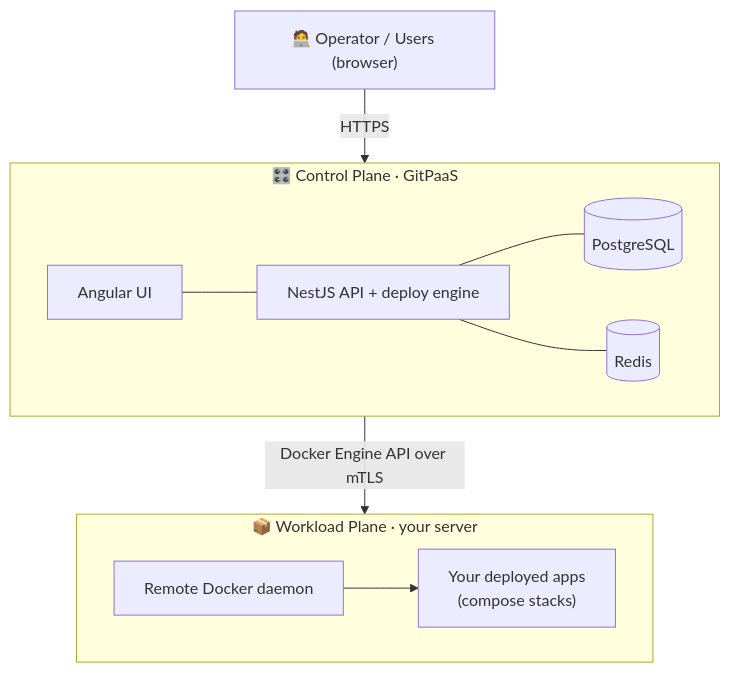
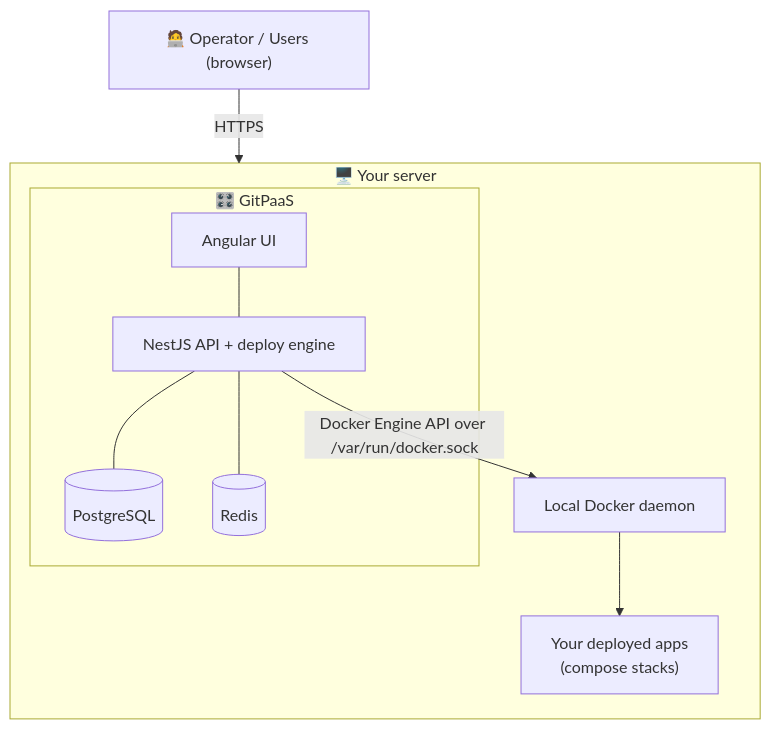
Before and after one commit to GitOpsLovers/gitpaas: the diagram in README.md, drawn with Mermaid. The commit also changed other lines of this file and 16 other files, not shown here.

Commit message:
feat(docker): run on the local Docker socket, drop remote daemon (#33)

````diff
--- a/README.md
+++ b/README.md
@@ -59,16 +59,15 @@
 ```mermaid
 flowchart TD
     U["🧑‍💻 Operator / Users (browser)"] -->|HTTPS| CP
 
-    subgraph CP["🎛️ Control Plane · GitPaaS"]
-        FE["Angular UI"] --- BE["NestJS API + deploy engine"]
-        BE --- PG[("PostgreSQL")]
-        BE --- RD[("Redis")]
-    end
+    subgraph SRV["🖥️ Your server"]
+        subgraph CP["🎛️ GitPaaS"]
+            FE["Angular UI"] --- BE["NestJS API + deploy engine"]
+            BE --- PG[("PostgreSQL")]
+            BE --- RD[("Redis")]
+        end
 
-    CP -->|"Docker Engine API over mTLS"| WP
-
-    subgraph WP["📦 Workload Plane · your server"]
-        DK["Remote Docker daemon"] --> APPS["Your deployed apps<br/>(compose stacks)"]
+        BE -->|"Docker Engine API over /var/run/docker.sock"| DK["Local Docker daemon"]
+        DK --> APPS["Your deployed apps<br/>(compose stacks)"]
     end
 ```
````
